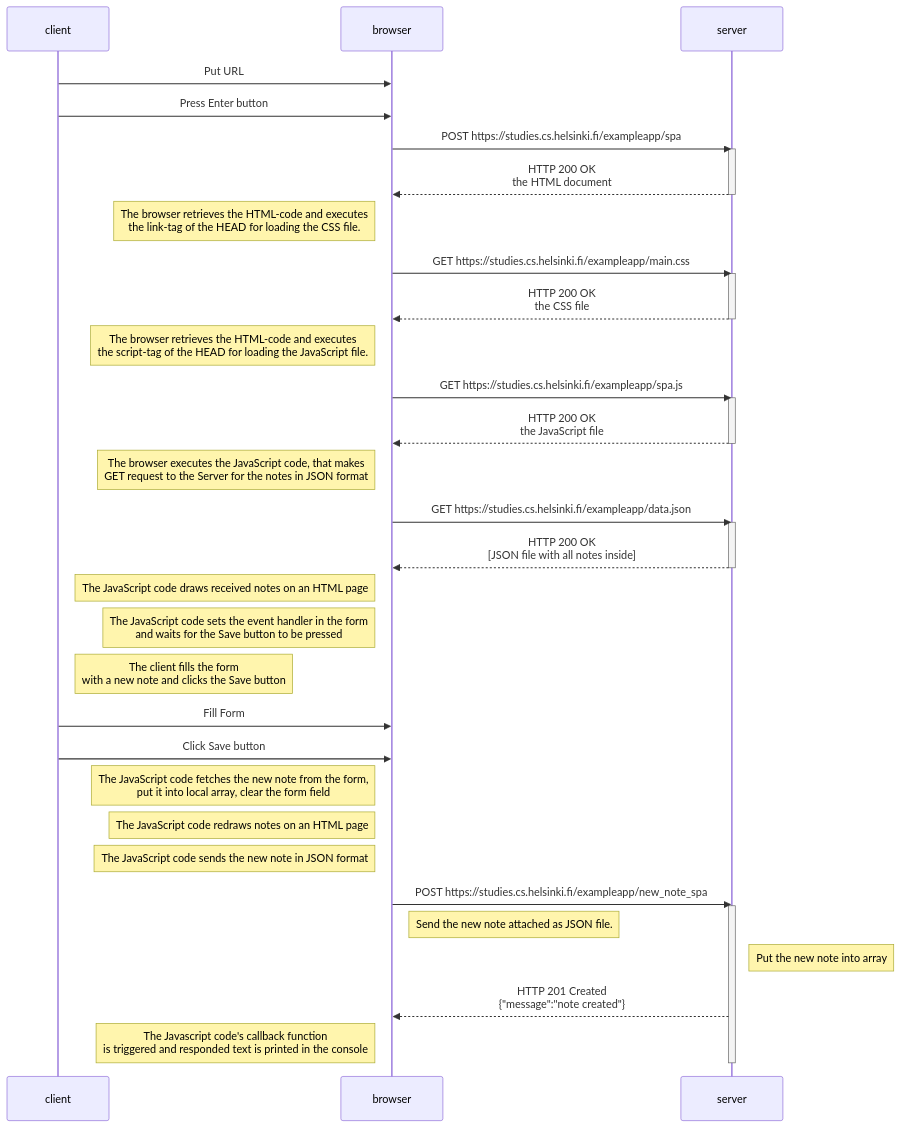
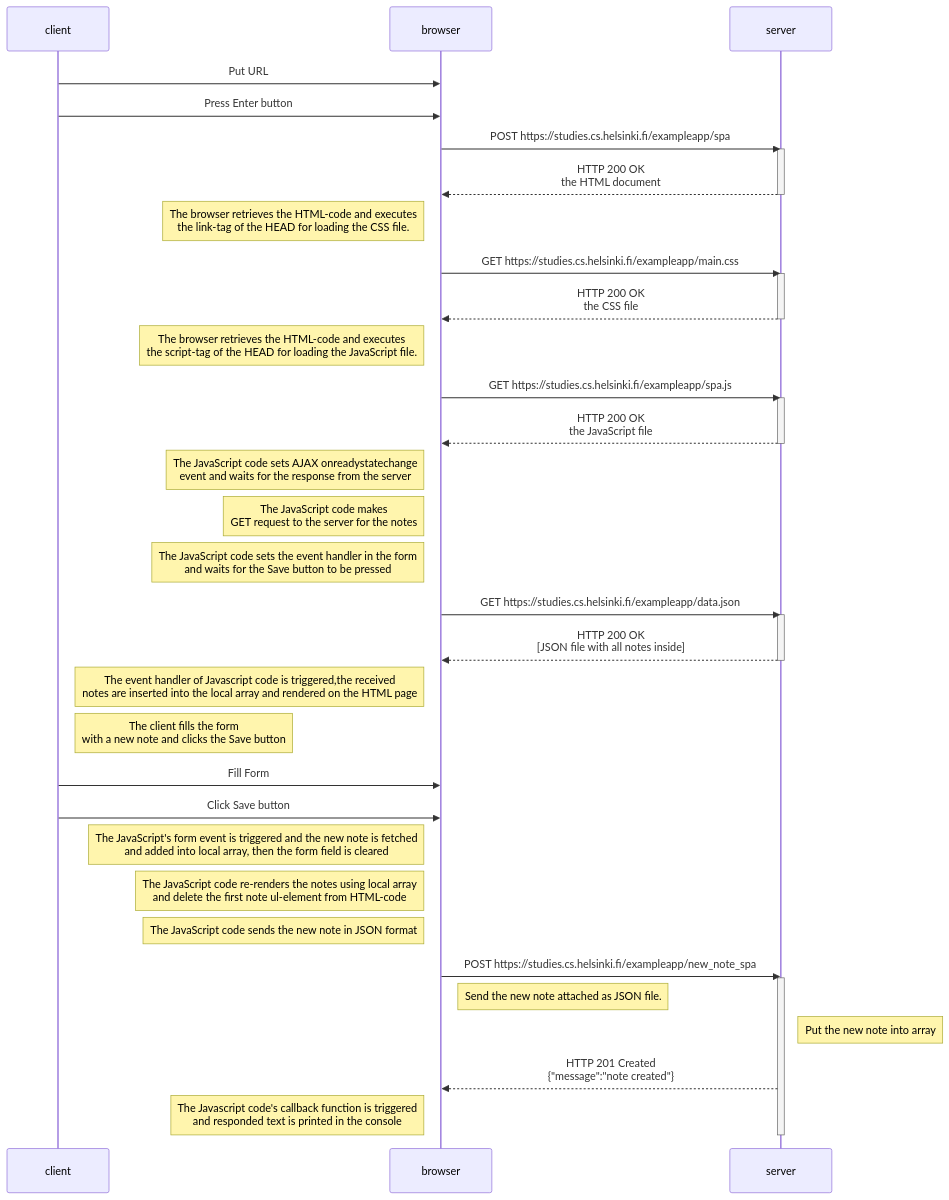
The diagram in osa0/Single_Page_App/README.md (VadimZubchenko/fullstack-open-tehtavat), drawn with Mermaid before and after one commit.

````diff
--- a/osa0/Single_Page_App/README.md
+++ b/osa0/Single_Page_App/README.md
@@ -1,49 +1,50 @@
 ```mermaid
 sequenceDiagram
     participant client
     participant browser
     participant server
     
     client->>browser: Put URL 
     client->>browser: Press Enter button
     browser->>server: POST https://studies.cs.helsinki.fi/exampleapp/spa
     activate server
     server-->>browser: HTTP 200 OK<br/>the HTML document
     deactivate server
 
     Note left of browser: The browser retrieves the HTML-code and executes<br/>the link-tag of the HEAD for loading the CSS file.
     browser->>server: GET https://studies.cs.helsinki.fi/exampleapp/main.css
     activate server
     server-->>browser: HTTP 200 OK<br/>the CSS file
     deactivate server
 
     Note left of browser: The browser retrieves the HTML-code and executes<br/>the script-tag of the HEAD for loading the JavaScript file.
     browser->>server: GET https://studies.cs.helsinki.fi/exampleapp/spa.js
     activate server
     server-->>browser: HTTP 200 OK<br/>the JavaScript file
     deactivate server
 
-    Note left of browser: The browser executes the JavaScript code, that makes<br/>GET request to the Server for the notes in JSON format 
+    Note left of browser: The JavaScript code sets AJAX onreadystatechange<br/> event and waits for the response from the server  
+    Note left of browser: The JavaScript code makes<br/>GET request to the server for the notes
+    Note left of browser: The JavaScript code sets the event handler in the form<br/>and waits for the Save button to be pressed  
     browser->>server: GET https://studies.cs.helsinki.fi/exampleapp/data.json
     activate server
     server-->>browser: HTTP 200 OK<br/>[JSON file with all notes inside]
     deactivate server
 
-    Note left of browser: The JavaScript code draws received notes on an HTML page 
-    Note left of browser: The JavaScript code sets the event handler in the form<br/>and waits for the Save button to be pressed 
+    Note left of browser: The event handler of Javascript code is triggered,the received<br/> notes are inserted into the local array and rendered on the HTML page 
     Note right of client: The client fills the form<br/>with a new note and clicks the Save button 
     
     client->>browser: Fill Form
     client->>browser: Click Save button
-    Note left of browser: The JavaScript code fetches the new note from the form,<br/>put it into local array, clear the form field
-    Note left of browser: The JavaScript code redraws notes on an HTML page 
+    Note left of browser: The JavaScript's form event is triggered and the new note is fetched<br/>and added into local array, then the form field is cleared
+    Note left of browser: The JavaScript code re-renders the notes using local array<br/>and delete the first note ul-element from HTML-code  
     Note left of browser: The JavaScript code sends the new note in JSON format
     browser->>server: POST https://studies.cs.helsinki.fi/exampleapp/new_note_spa
     activate server
     Note right of browser: Send the new note attached as JSON file.
     Note right of server: Put the new note into array
     server-->>browser: HTTP 201 Created<br/>{"message":"note created"}
-    Note left of browser:  The Javascript code's callback function<br/>is triggered and responded text is printed in the console
+    Note left of browser:  The Javascript code's callback function is triggered<br/>and responded text is printed in the console
     deactivate server    
 
 ```
````
